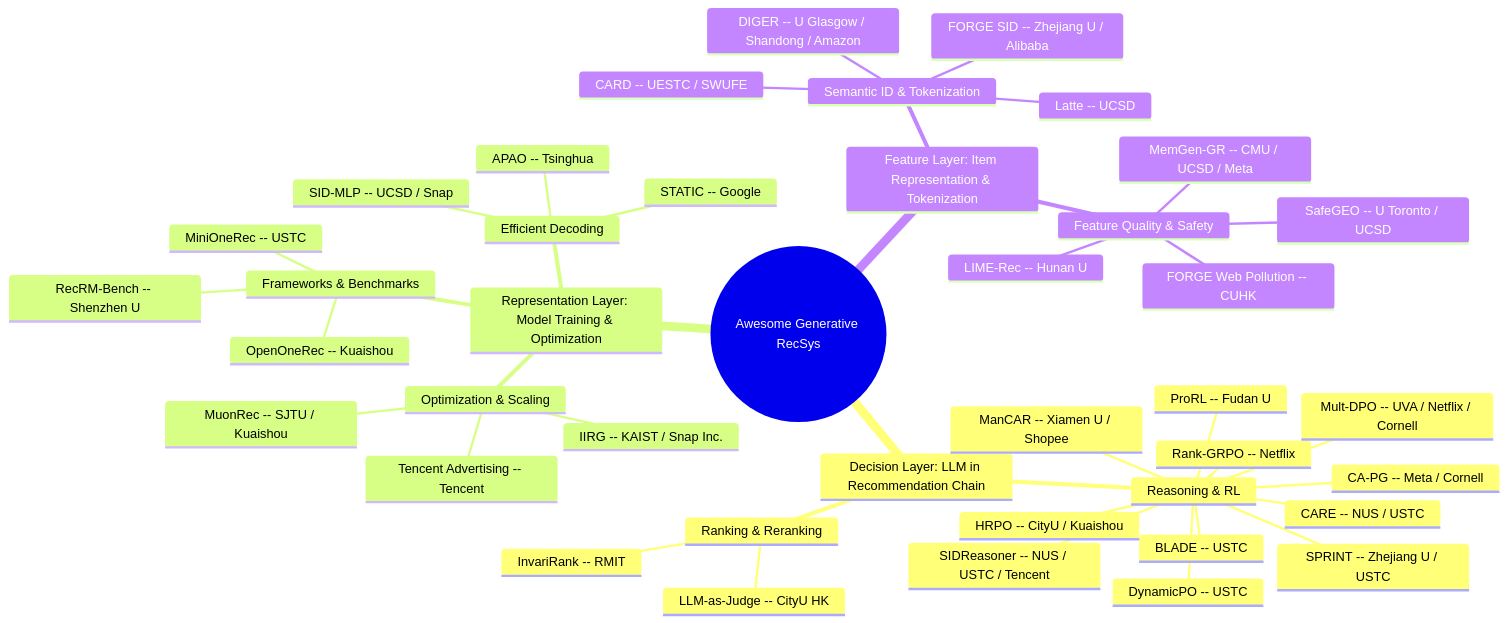
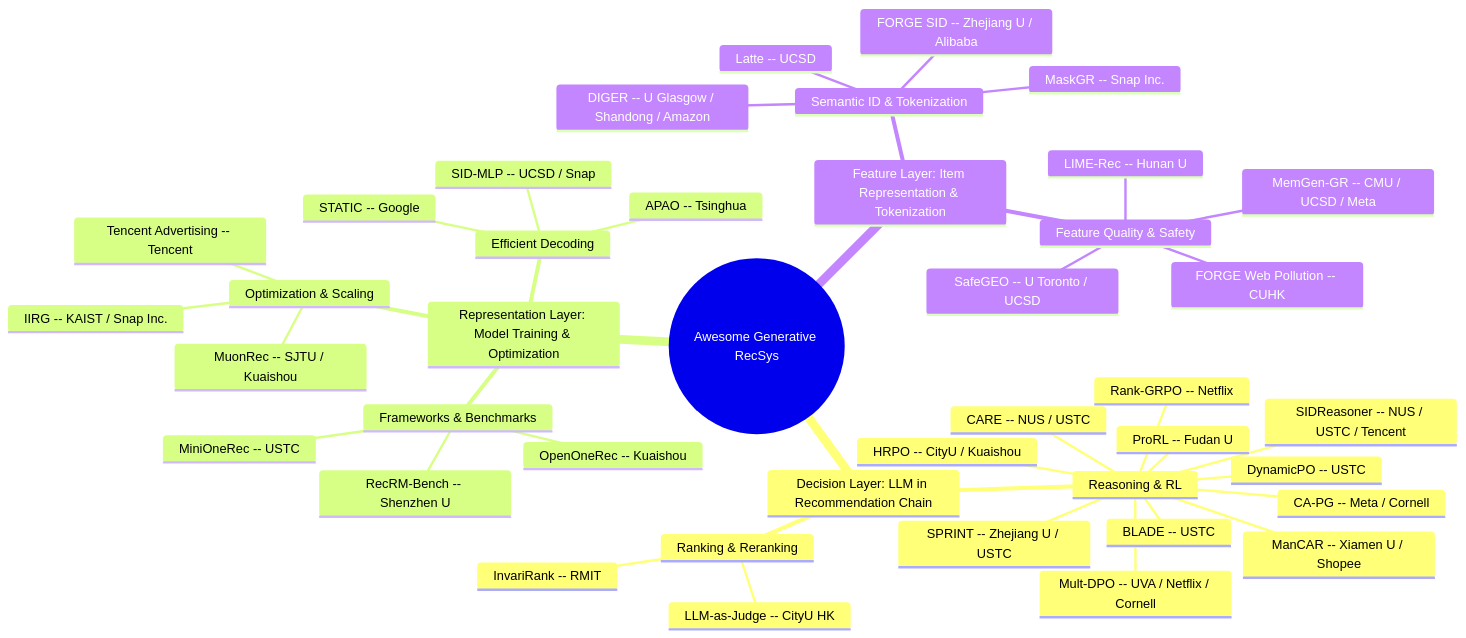
The diagram in README.md (HaFred/awesome-generative-recsys), drawn with Mermaid before and after one commit. The commit also changed other lines of this file and 2 other files, not shown here.

````diff
--- a/README.md
+++ b/README.md
@@ -28,44 +28,44 @@
 ```mermaid
 mindmap
   root((Awesome Generative RecSys))
     Decision Layer: LLM in Recommendation Chain
       Reasoning & RL
         Rank-GRPO -- Netflix
         DynamicPO -- USTC
         BLADE -- USTC
         SPRINT -- Zhejiang U / USTC
         CARE -- NUS / USTC
         HRPO -- CityU / Kuaishou
         Mult-DPO -- UVA / Netflix / Cornell
         CA-PG -- Meta / Cornell
         ProRL -- Fudan U
         ManCAR -- Xiamen U / Shopee
         SIDReasoner -- NUS / USTC / Tencent
       Ranking & Reranking
         InvariRank -- RMIT
         LLM-as-Judge -- CityU HK
     Representation Layer: Model Training & Optimization
       Frameworks & Benchmarks
         MiniOneRec -- USTC
         OpenOneRec -- Kuaishou
         RecRM-Bench -- Shenzhen U
       Efficient Decoding
         STATIC -- Google
         APAO -- Tsinghua
         SID-MLP -- UCSD / Snap
       Optimization & Scaling
         MuonRec -- SJTU / Kuaishou
         Tencent Advertising -- Tencent
         IIRG -- KAIST / Snap Inc.
     Feature Layer: Item Representation & Tokenization
       Semantic ID & Tokenization
         Latte -- UCSD
         FORGE SID -- Zhejiang U / Alibaba
         DIGER -- U Glasgow / Shandong / Amazon
-        CARD -- UESTC / SWUFE
+        MaskGR -- Snap Inc.
       Feature Quality & Safety
         SafeGEO -- U Toronto / UCSD
         MemGen-GR -- CMU / UCSD / Meta
         FORGE Web Pollution -- CUHK
         LIME-Rec -- Hunan U
 ```
````
